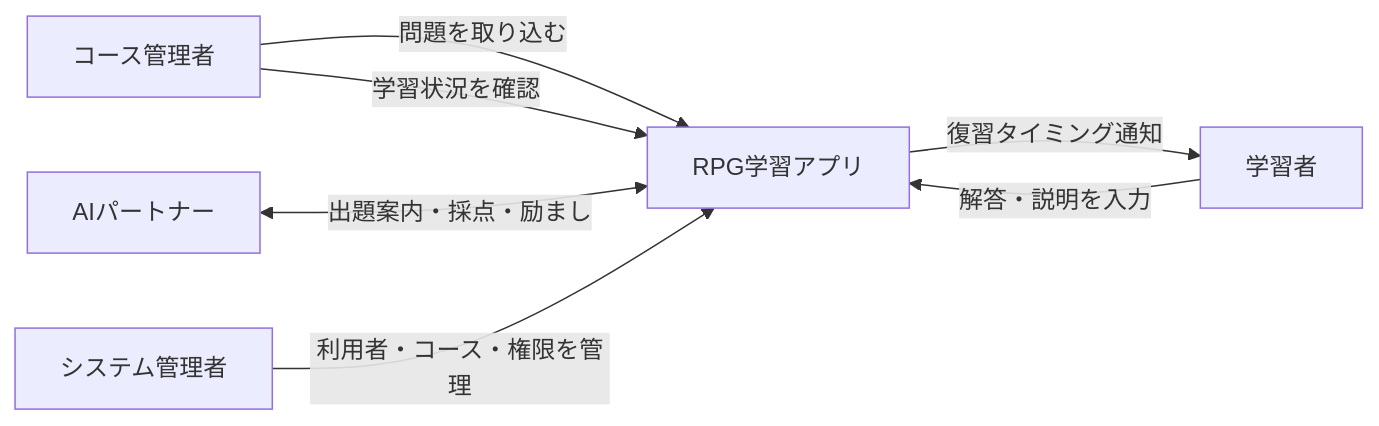
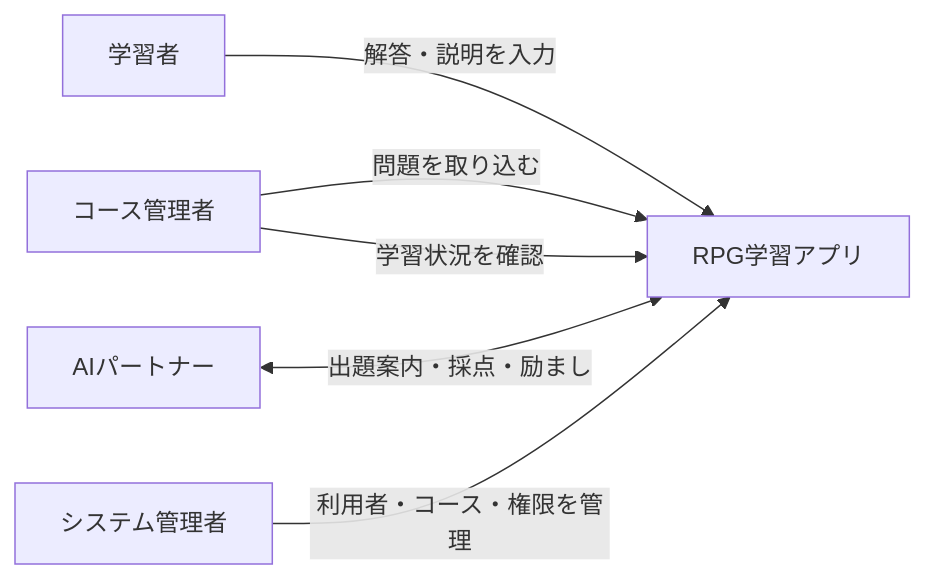
Before and after one commit to pocarialice/rpglearning: the first of 10 diagrams in documents/要件定義書_RPG学習アプリ.md, drawn with Mermaid. The commit also changed other lines of this file and 9 other files, not shown here.

````diff
--- a/documents/要件定義書_RPG学習アプリ.md
+++ b/documents/要件定義書_RPG学習アプリ.md
@@ -41,9 +41,8 @@
 ```mermaid
 flowchart LR
   CM[コース管理者] -->|問題を取り込む| APP[RPG学習アプリ]
   U[学習者] -->|解答・説明を入力| APP
   AI[AIパートナー] <-->|出題案内・採点・励まし| APP
-  APP -->|復習タイミング通知| U
   CM -->|学習状況を確認| APP
   SA[システム管理者] -->|利用者・コース・権限を管理| APP
 ```
````
